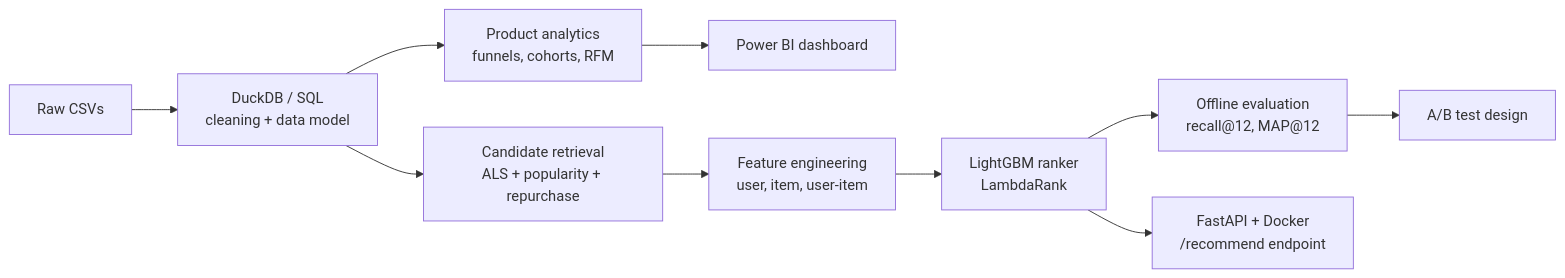
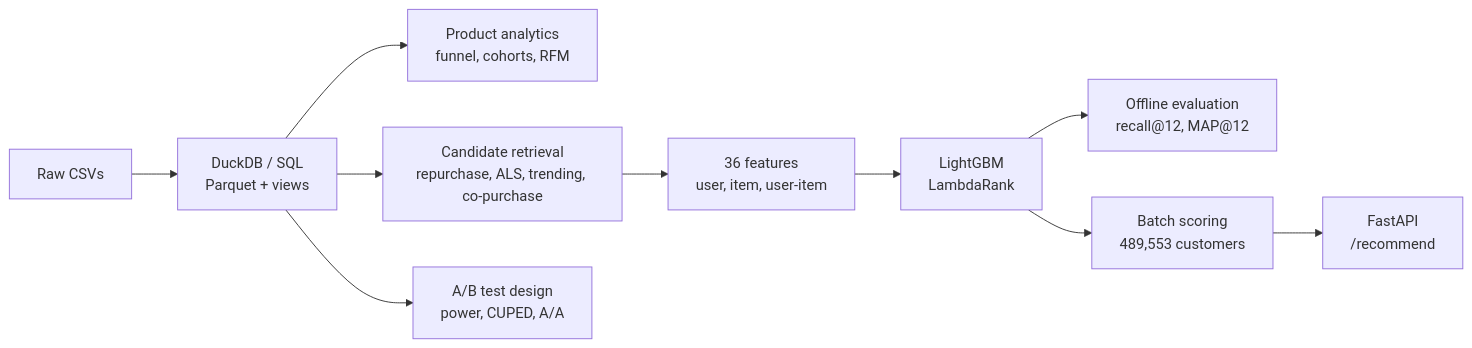
One commit to WoahImCoding/ecommerce-recommender changed the diagram in README.md. Above: the diagram before and after it, drawn with Mermaid. The commit also changed other lines of this file, not shown here.

````diff
--- a/README.md
+++ b/README.md
@@ -38,12 +46,12 @@
 ```mermaid
 flowchart LR
-    A[Raw CSVs] --> B[DuckDB / SQL<br/>cleaning + data model]
-    B --> C[Product analytics<br/>funnels, cohorts, RFM]
-    C --> D[Power BI dashboard]
-    B --> E[Candidate retrieval<br/>ALS + popularity + repurchase]
-    E --> F[Feature engineering<br/>user, item, user-item]
-    F --> G[LightGBM ranker<br/>LambdaRank]
-    G --> H[Offline evaluation<br/>recall@12, MAP@12]
-    G --> I[FastAPI + Docker<br/>/recommend endpoint]
-    H --> J[A/B test design]
+    A[Raw CSVs] --> B[DuckDB / SQL<br/>Parquet + views]
+    B --> C[Product analytics<br/>funnel, cohorts, RFM]
+    B --> D[Candidate retrieval<br/>repurchase, ALS, trending, co-purchase]
+    D --> E[36 features<br/>user, item, user-item]
+    E --> F[LightGBM<br/>LambdaRank]
+    F --> G[Offline evaluation<br/>recall@12, MAP@12]
+    F --> H[Batch scoring<br/>489,553 customers]
+    H --> I[FastAPI<br/>/recommend]
+    B --> J[A/B test design<br/>power, CUPED, A/A]
 ```
````
